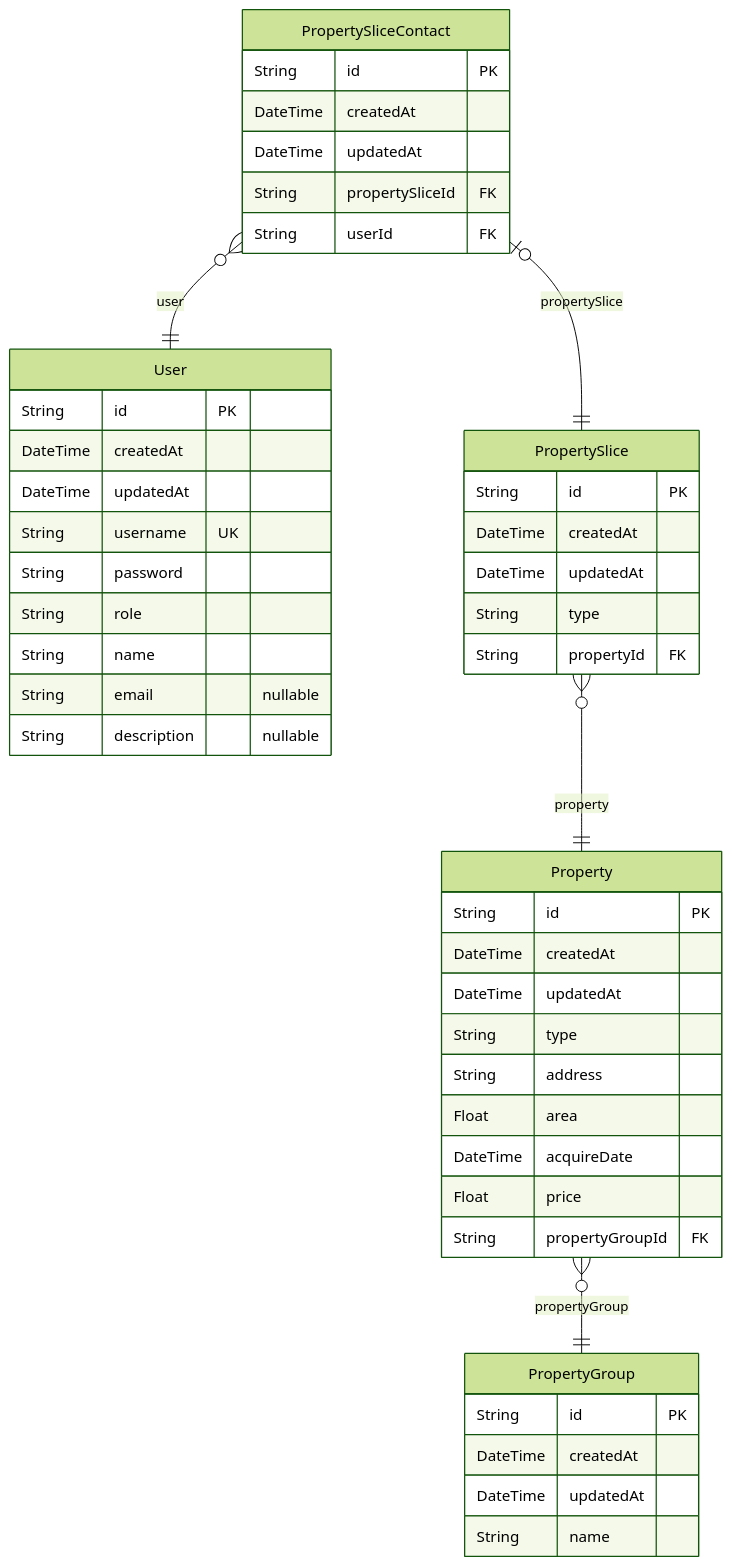
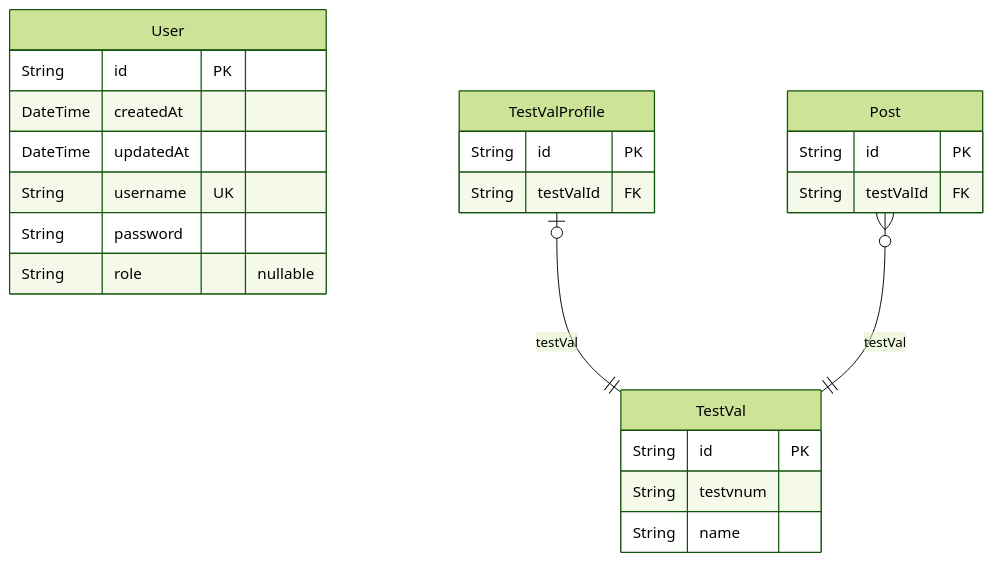
Before and after one commit to Val0429/taiwan-life-insurance: the diagram in generated/packages/ERD.md, drawn with Mermaid (forest theme). The commit also changed other lines of this file and 11 other files, not shown here.

````diff
--- a/generated/packages/ERD.md
+++ b/generated/packages/ERD.md
@@ -9,49 +7,26 @@
 ```mermaid
 erDiagram
 "User" {
     String id PK
     DateTime createdAt
     DateTime updatedAt
     String username UK
     String password
-    String role
-    String name
-    String email "nullable"
-    String description "nullable"
+    String role "nullable"
 }
-"PropertyGroup" {
+"TestVal" {
     String id PK
-    DateTime createdAt
-    DateTime updatedAt
+    String testvnum
     String name
 }
-"Property" {
+"TestValProfile" {
     String id PK
-    DateTime createdAt
-    DateTime updatedAt
-    String type
-    String address
-    Float area
-    DateTime acquireDate
-    Float price
-    String propertyGroupId FK
+    String testValId FK
 }
-"PropertySlice" {
+"Post" {
     String id PK
-    DateTime createdAt
-    DateTime updatedAt
-    String type
-    String propertyId FK
+    String testValId FK
 }
-"PropertySliceContact" {
-    String id PK
-    DateTime createdAt
-    DateTime updatedAt
-    String propertySliceId FK
-    String userId FK
-}
-"Property" }o--|| "PropertyGroup" : propertyGroup
-"PropertySlice" }o--|| "Property" : property
-"PropertySliceContact" |o--|| "PropertySlice" : propertySlice
-"PropertySliceContact" }o--|| "User" : user
+"TestValProfile" |o--|| "TestVal" : testVal
+"Post" }o--|| "TestVal" : testVal
 ```
````
